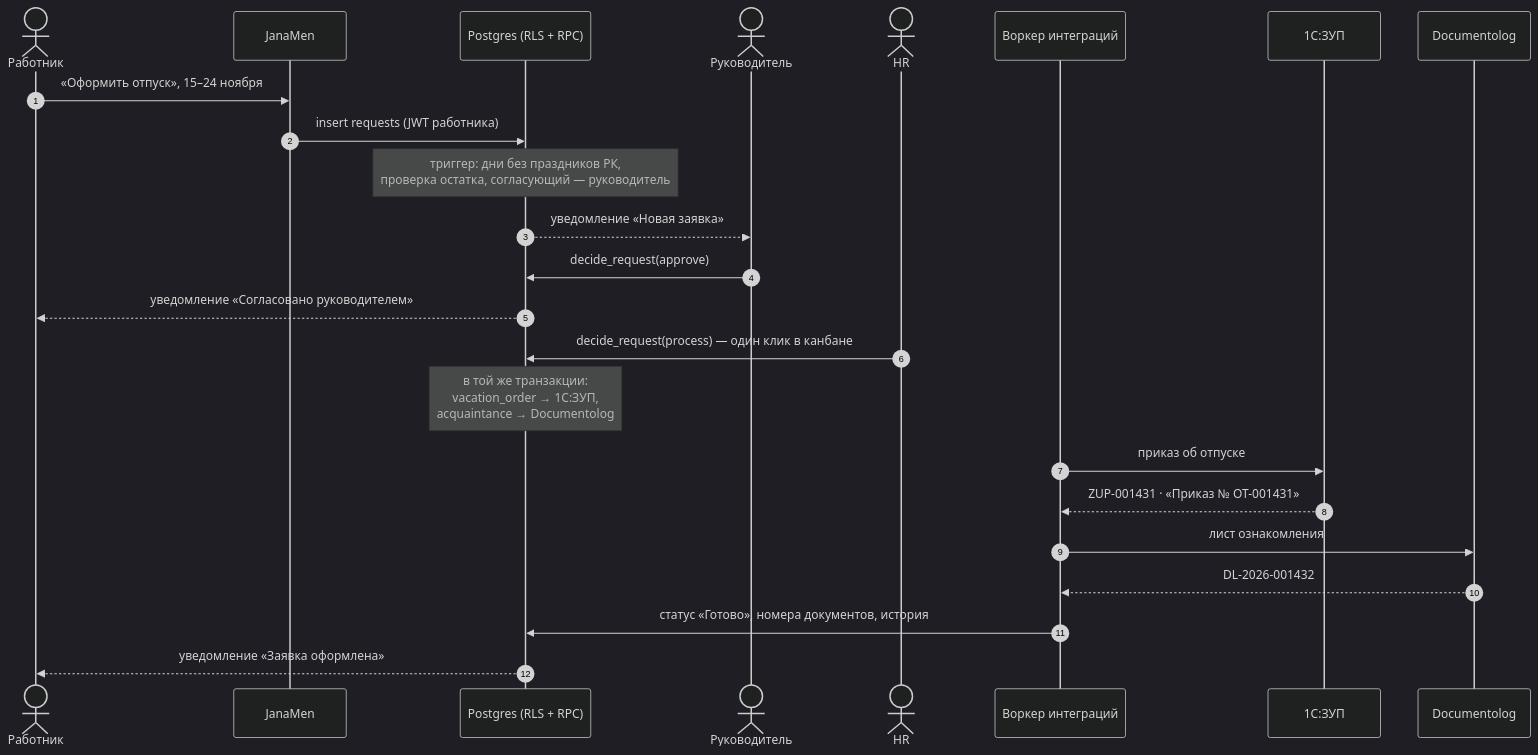
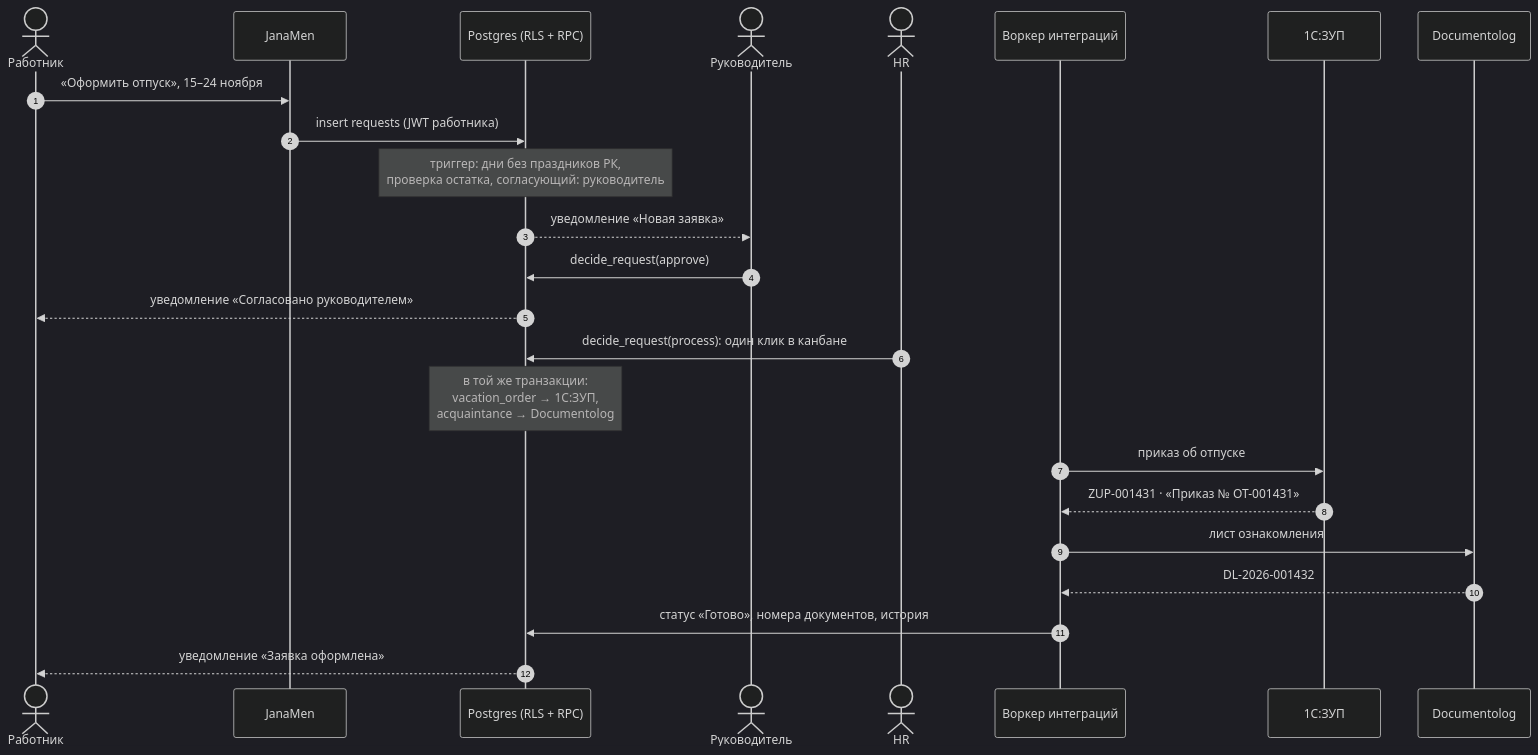
Before and after one commit to mokydek/TerriconValleyDigitalHR: the second of 4 diagrams in docs/ARCHITECTURE.md, drawn with Mermaid (dark theme). The commit also changed other lines of this file and 9 other files, not shown here.

````diff
--- a/docs/ARCHITECTURE.md
+++ b/docs/ARCHITECTURE.md
@@ -77,27 +77,27 @@
 ```mermaid
 sequenceDiagram
   autonumber
   actor E as Работник
   participant UI as JanaMen
   participant DB as Postgres (RLS + RPC)
   actor M as Руководитель
   actor H as HR
   participant W as Воркер интеграций
   participant Z as 1С:ЗУП
   participant D as Documentolog
 
   E->>UI: «Оформить отпуск», 15–24 ноября
   UI->>DB: insert requests (JWT работника)
-  Note over DB: триггер: дни без праздников РК,<br/>проверка остатка, согласующий — руководитель
+  Note over DB: триггер: дни без праздников РК,<br/>проверка остатка, согласующий: руководитель
   DB-->>M: уведомление «Новая заявка»
   M->>DB: decide_request(approve)
   DB-->>E: уведомление «Согласовано руководителем»
-  H->>DB: decide_request(process) — один клик в канбане
+  H->>DB: decide_request(process): один клик в канбане
   Note over DB: в той же транзакции:<br/>vacation_order → 1С:ЗУП,<br/>acquaintance → Documentolog
   W->>Z: приказ об отпуске
   Z-->>W: ZUP-001431 · «Приказ № ОТ-001431»
   W->>D: лист ознакомления
   D-->>W: DL-2026-001432
   W->>DB: статус «Готово», номера документов, история
   DB-->>E: уведомление «Заявка оформлена»
 ```
````
